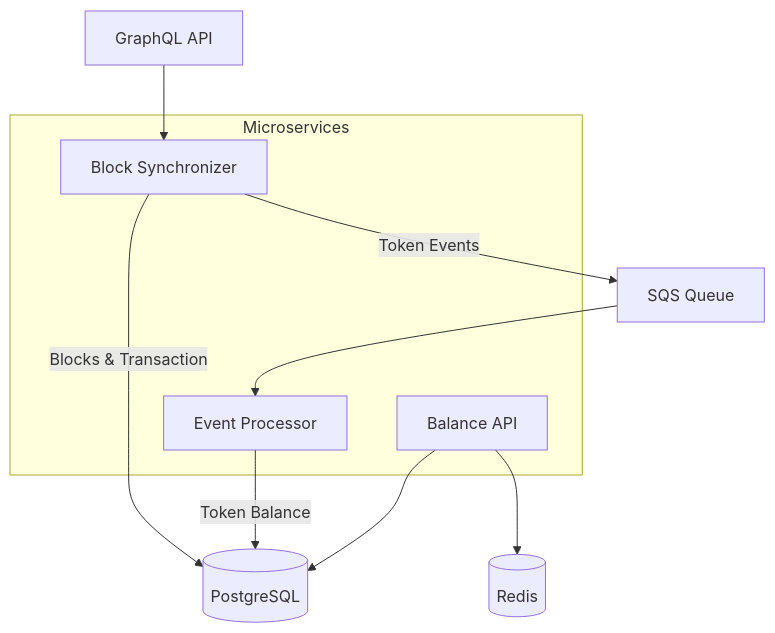
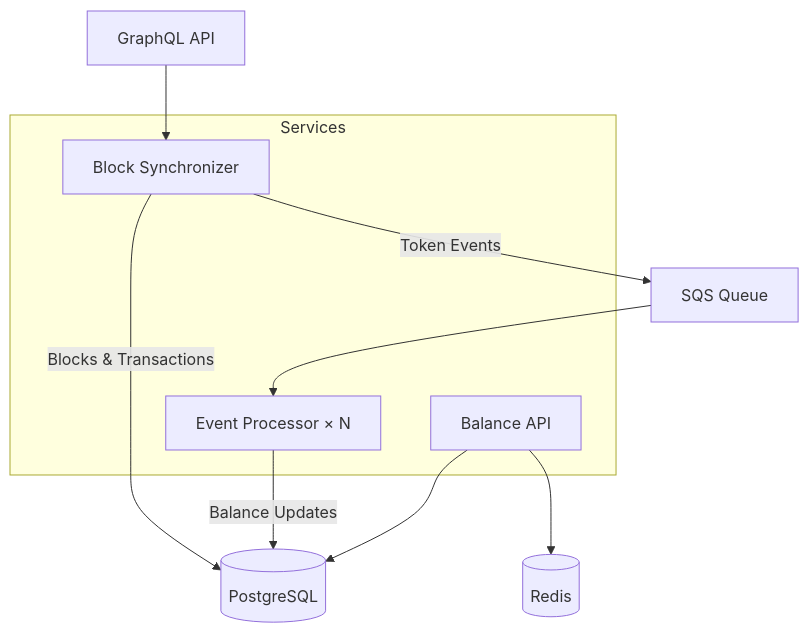
One commit to junghoon-vans/gnoland-balance-indexer changed the diagram in README.md. Above: the diagram before and after it, drawn with Mermaid. The commit also changed other lines of this file and 8 other files, not shown here.

First line of the commit message:
feat(event-processor): Implement idempotent message processing

````diff
--- a/README.md
+++ b/README.md
@@ -8,24 +15,21 @@
 ```mermaid
 graph TB
-    subgraph "Microservices"
+    subgraph "Services"
         BS[Block Synchronizer]
-        EP[Event Processor]
+        EP[Event Processor × N]
         API[Balance API]
     end
 
     GQL[GraphQL API]
     PG[(PostgreSQL)]
     SQS[SQS Queue]
     REDIS[(Redis)]
 
     GQL --> BS
-    BS --> |Blocks & Transaction|PG
+    BS --> |Blocks & Transactions|PG
     BS --> |Token Events| SQS
     SQS --> EP
-    EP --> |Token Balance|PG
+    EP --> |Balance Updates|PG
     API --> PG
     API --> REDIS
-
-    class BS,EP,API service
-    class PG,SQS,REDIS,GQL data
 ```
````
